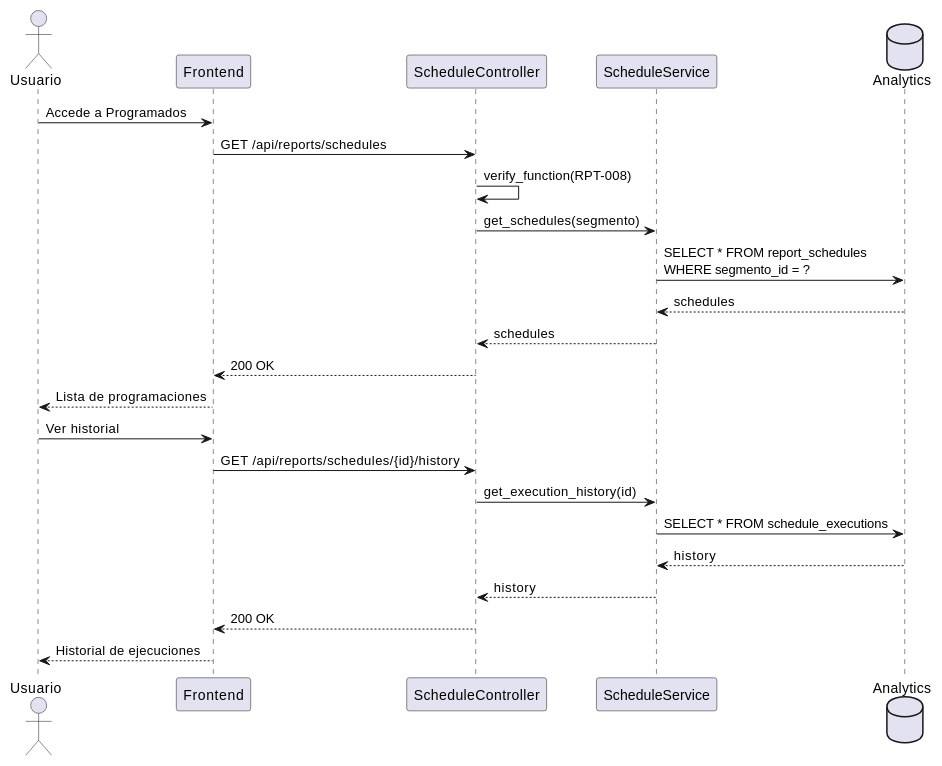
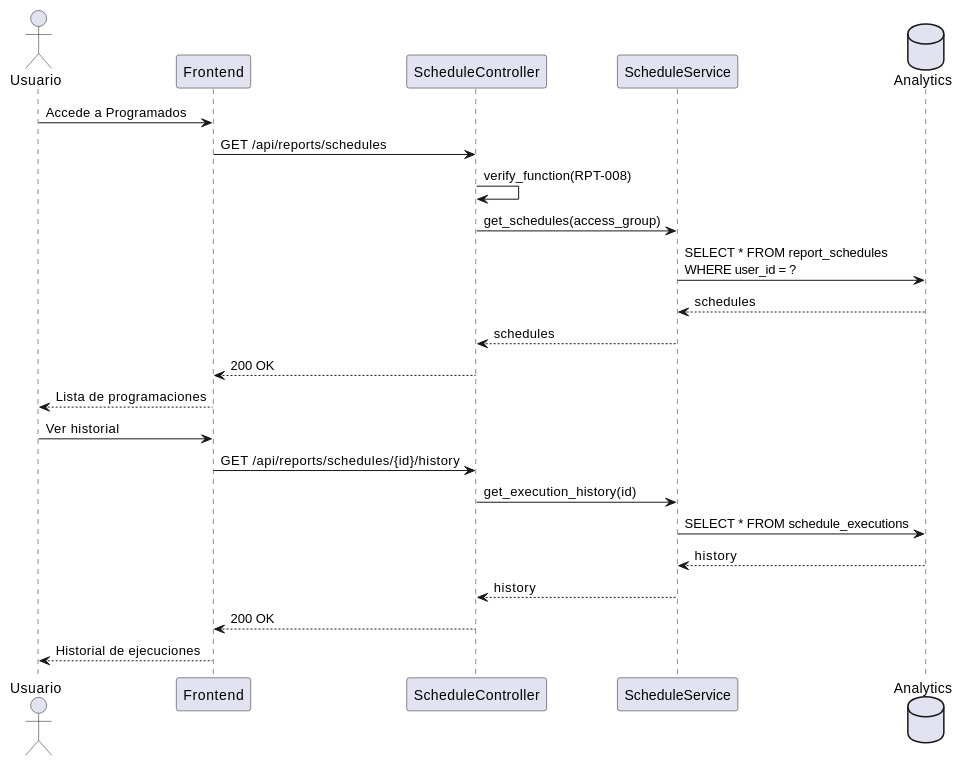
One commit to jcg-admin/IACT-docs changed the second of 3 diagrams in source/requisitos/casos-uso/reports/uc-rpt-08-ver-reportes-programados.rst. Above: the diagram before and after it, drawn with PlantUML. The commit also changed other lines of this file and 14 other files, not shown here.

```diff
--- a/source/requisitos/casos-uso/reports/uc-rpt-08-ver-reportes-programados.rst
+++ b/source/requisitos/casos-uso/reports/uc-rpt-08-ver-reportes-programados.rst
@@ -133,29 +133,29 @@
 .. uml::
  :caption: Diagrama de Secuencia - UC_RPT_08
 
  @startuml
  actor "Usuario" as U
  participant "Frontend" as FE
  participant "ScheduleController" as SC
  participant "ScheduleService" as SS
  database "Analytics" as DB
 
  U -> FE: Accede a Programados
  FE -> SC: GET /api/reports/schedules
  SC -> SC: verify_function(RPT-008)
- SC -> SS: get_schedules(segmento)
- SS -> DB: SELECT * FROM report_schedules\nWHERE segmento_id = ?
+ SC -> SS: get_schedules(access_group)
+ SS -> DB: SELECT * FROM report_schedules\nWHERE user_id = ?
  DB --> SS: schedules
  SS --> SC: schedules
  SC --> FE: 200 OK
  FE --> U: Lista de programaciones
 
  U -> FE: Ver historial
  FE -> SC: GET /api/reports/schedules/{id}/history
  SC -> SS: get_execution_history(id)
  SS -> DB: SELECT * FROM schedule_executions
  DB --> SS: history
  SS --> SC: history
  SC --> FE: 200 OK
  FE --> U: Historial de ejecuciones
  @enduml
```
